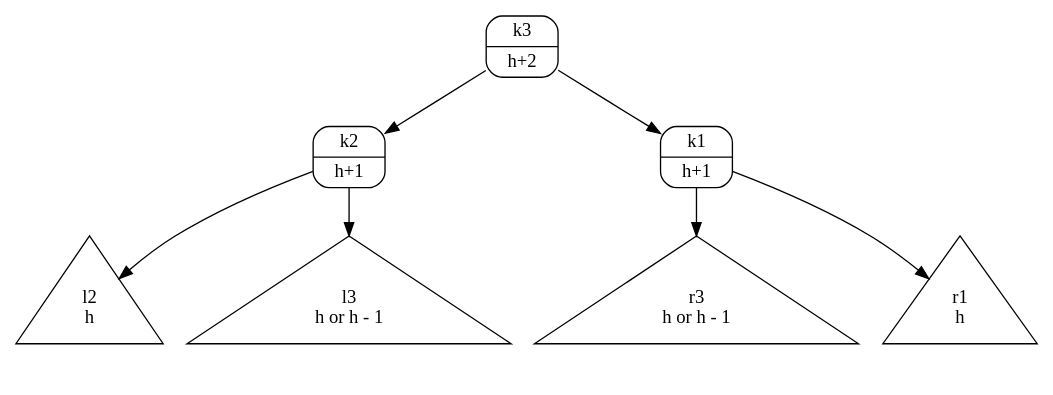
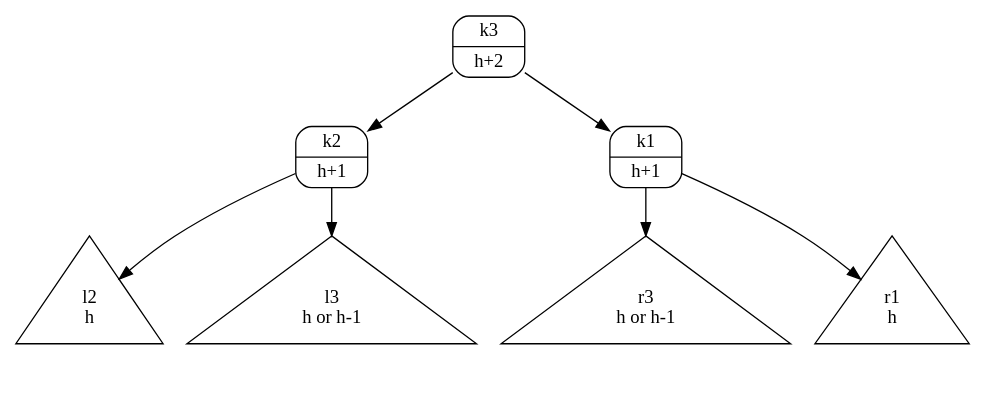
Before and after one commit to karlstroetmann/Algorithms: the diagram in Lecture-Notes/Abbildungen/caselr-nach.dot, drawn with Graphviz. The commit also changed 6 other files, not shown here.

Commit message:
another figure updated

```diff
--- a/Lecture-Notes/Abbildungen/caselr-nach.dot
+++ b/Lecture-Notes/Abbildungen/caselr-nach.dot
@@ -1,16 +1,16 @@
 digraph G {
     node [ ordering = out ];
     pn [ shape = Mrecord, label = "{ k3 | h+2 }" ];
     pn -> l1n;
     pn -> r1n;
     l1n [ shape = Mrecord, label = "{ k2 | h+1 }" ];
     r1n [ shape = Mrecord, label = "{ k1 | h+1 }" ];
     l1n -> l2n;
     l1n -> r2n;
     l2n [ shape = triangle, label = " l2 \n h" ];
-    r2n [ shape = triangle, label = " l3 \n h or h - 1" ];
+    r2n [ shape = triangle, label = " l3 \n h or h-1" ];
     r1n -> l3n;
     r1n -> r3n;
-    l3n [ shape = triangle, label = " r3 \n h or h - 1" ];
+    l3n [ shape = triangle, label = " r3 \n h or h-1" ];
     r3n [ shape = triangle, label = " r1 \n h" ];
 }
```
